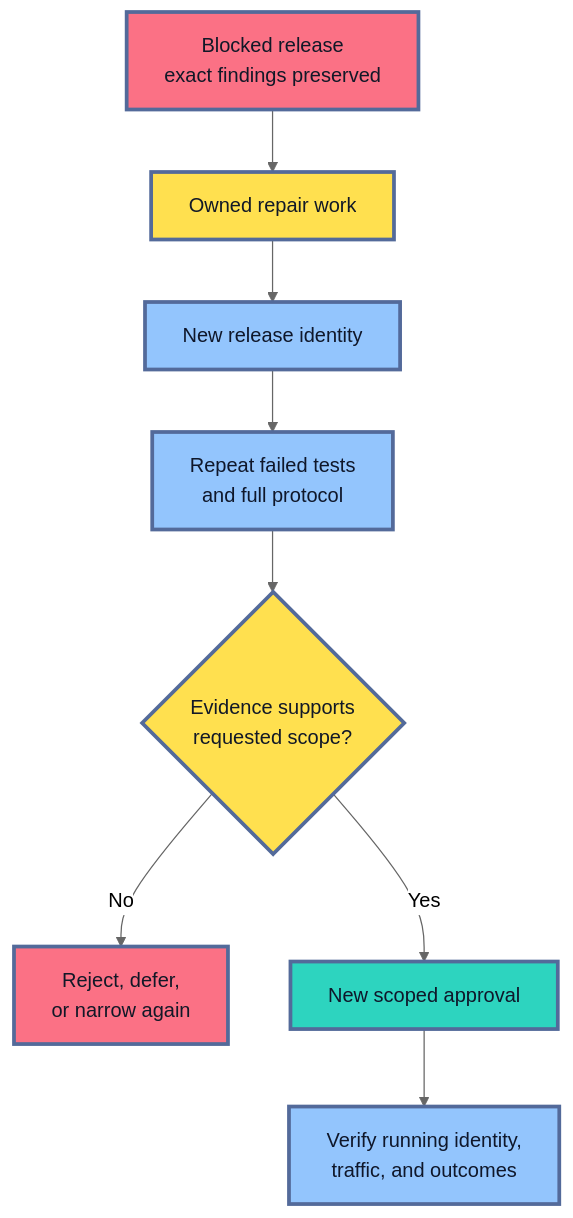
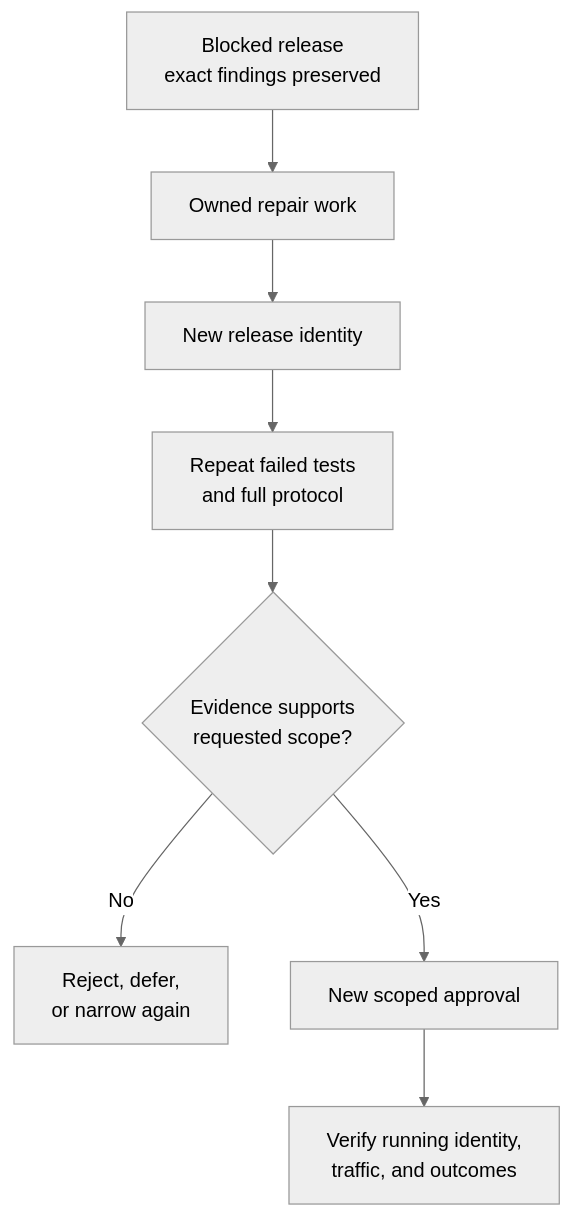
The third of 3 diagrams in roadmaps/mlops/modules/model-evaluation/release-decisions/03-when-not-to-ship-a-model.md (senlinyy/dev-roadmaps), drawn with Mermaid (neutral theme) before and after one commit. The commit also changed other lines of this file and 152 other files, not shown here.

Commit message:
feat: mlops and diagrams updated

````diff
--- a/roadmaps/mlops/modules/model-evaluation/release-decisions/03-when-not-to-ship-a-model.md
+++ b/roadmaps/mlops/modules/model-evaluation/release-decisions/03-when-not-to-ship-a-model.md
@@ -319,19 +316,15 @@
 ```mermaid
 flowchart TD
     B["Blocked release<br/>exact findings preserved"] --> W["Owned repair work"]
     W --> N["New release identity"]
     N --> T["Repeat failed tests<br/>and full protocol"]
     T --> D{"Evidence supports<br/>requested scope?"}
     D -- "No" --> B2["Reject, defer,<br/>or narrow again"]
     D -- "Yes" --> A["New scoped approval"]
     A --> V["Verify running identity,<br/>traffic, and outcomes"]
 
-    classDef blocked fill:#FB7185,stroke:#536A9A,stroke-width:3px,color:#111827
-    classDef work fill:#FFE04F,stroke:#536A9A,stroke-width:3px,color:#111827
-    classDef evidence fill:#93C5FD,stroke:#536A9A,stroke-width:3px,color:#0F172A
-    classDef approved fill:#2DD4BF,stroke:#536A9A,stroke-width:3px,color:#0F172A
     class B,B2 blocked
     class W,D work
     class N,T,V evidence
     class A approved
 ```
````
